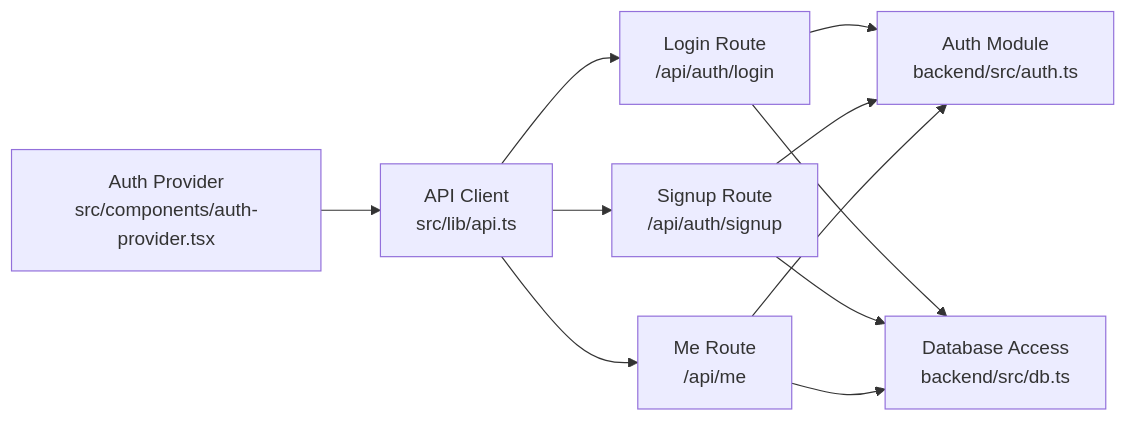
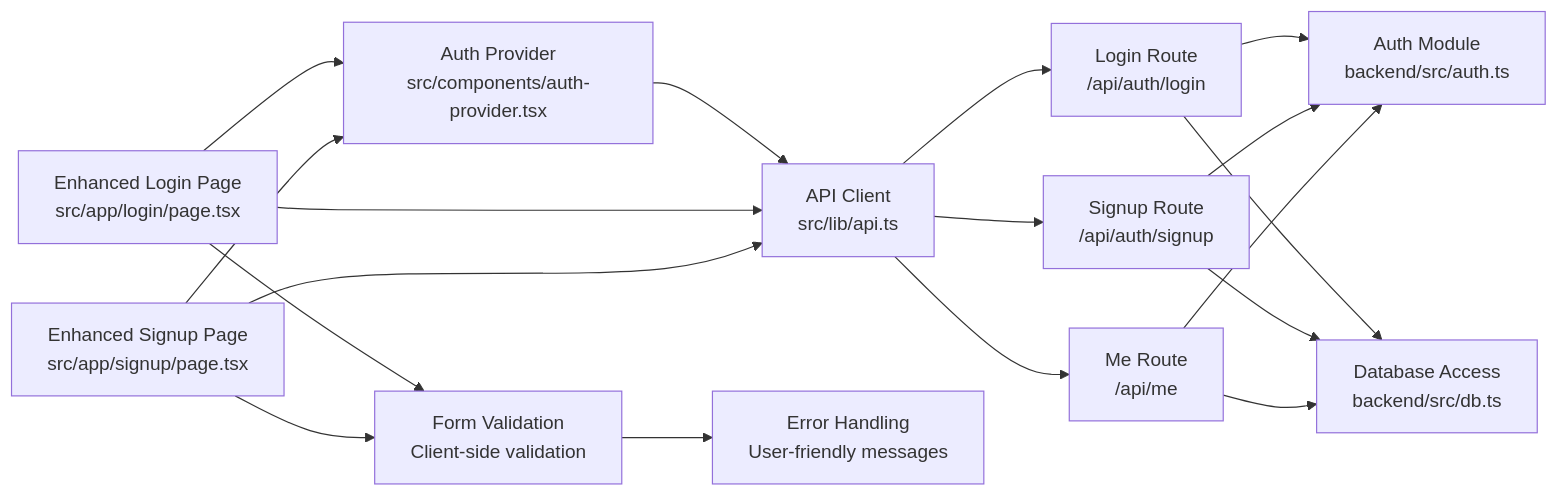
One commit to HassanAmeer/cheaprouter changed the sixth of 6 diagrams in .qoder/repowiki/en/content/Core Concepts/Authentication System.md. Above: the diagram before and after it, drawn with Mermaid. The commit also changed other lines of this file and 54 other files, not shown here.

````diff
--- a/.qoder/repowiki/en/content/Core Concepts/Authentication System.md
+++ b/.qoder/repowiki/en/content/Core Concepts/Authentication System.md
@@ -303,13 +401,20 @@
 ```mermaid
 graph LR
 AuthProvider["Auth Provider<br/>src/components/auth-provider.tsx"] --> APIClient["API Client<br/>src/lib/api.ts"]
+LoginPage["Enhanced Login Page<br/>src/app/login/page.tsx"] --> AuthProvider
+SignupPage["Enhanced Signup Page<br/>src/app/signup/page.tsx"] --> AuthProvider
+LoginPage --> APIClient
+SignupPage --> APIClient
 APIClient --> LoginRoute["Login Route<br/>/api/auth/login"]
 APIClient --> SignupRoute["Signup Route<br/>/api/auth/signup"]
 APIClient --> MeRoute["Me Route<br/>/api/me"]
 LoginRoute --> AuthModule["Auth Module<br/>backend/src/auth.ts"]
 SignupRoute --> AuthModule
 MeRoute --> AuthModule
 LoginRoute --> DB["Database Access<br/>backend/src/db.ts"]
 SignupRoute --> DB
 MeRoute --> DB
+LoginPage --> FormValidation["Form Validation<br/>Client-side validation"]
+SignupPage --> FormValidation
+FormValidation --> ErrorHandling["Error Handling<br/>User-friendly messages"]
 ```
````
